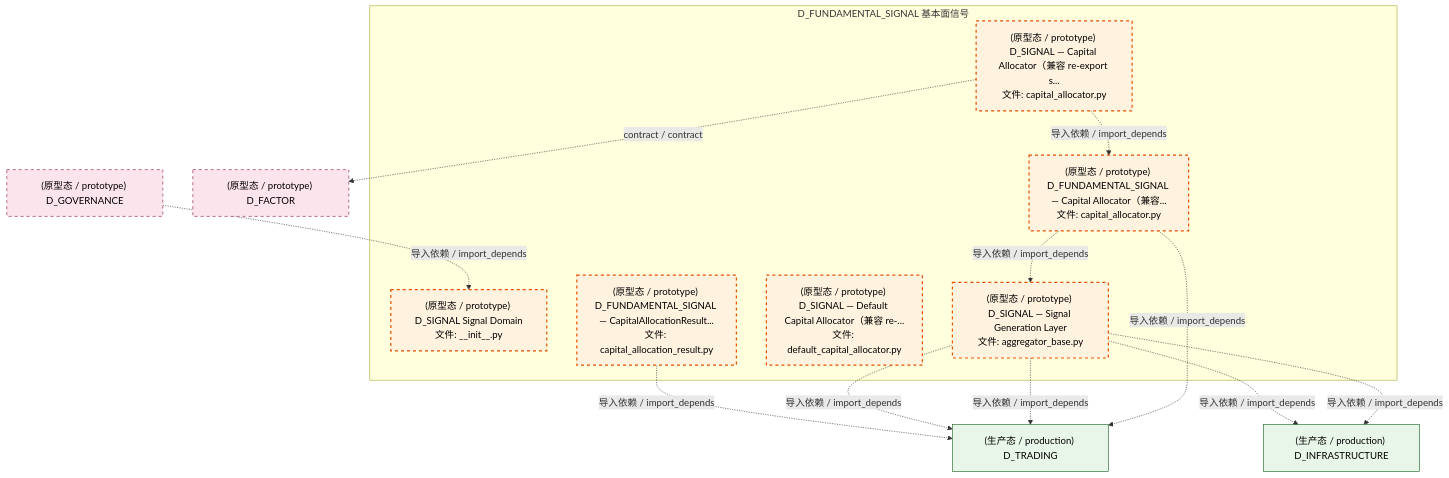
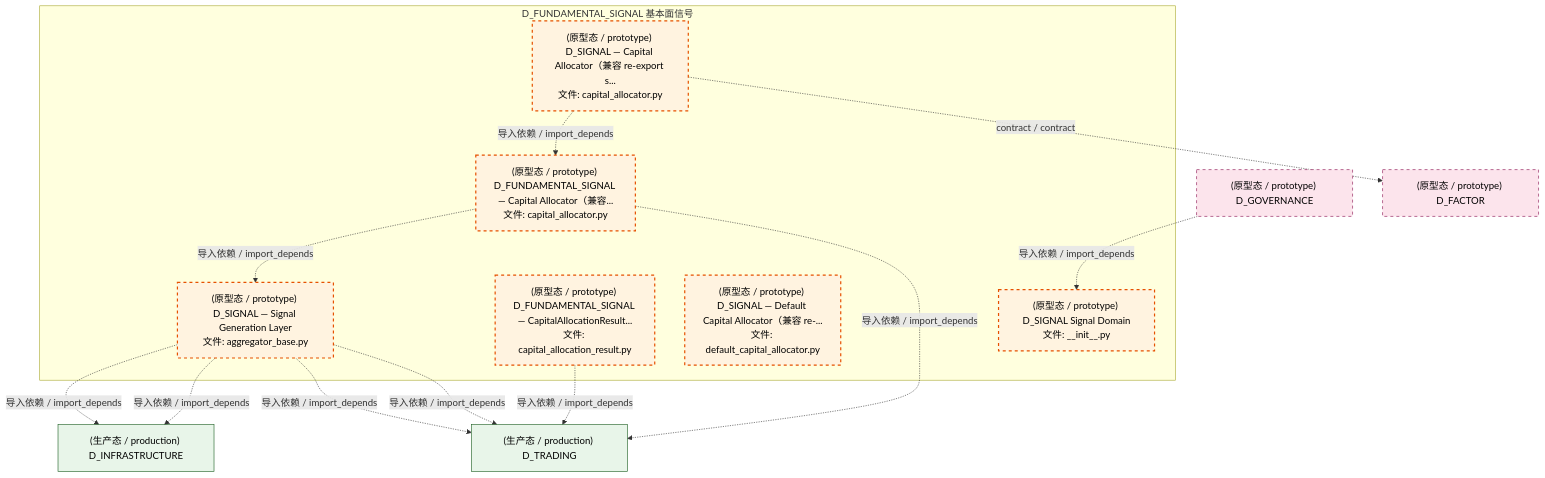
The third of 4 diagrams in docs/02_enterprise_architecture/02_domain_architecture_docs/37_d_fundamental_signal.md (xuanFelixVan/ZephyrAlpha), drawn with Mermaid before and after one commit. The commit also changed other lines of this file and 97 other files, not shown here.

````diff
--- a/docs/02_enterprise_architecture/02_domain_architecture_docs/37_d_fundamental_signal.md
+++ b/docs/02_enterprise_architecture/02_domain_architecture_docs/37_d_fundamental_signal.md
@@ -171,32 +171,32 @@
 ```mermaid
 graph TD
     subgraph D_FUNDAMENTAL_SIGNAL["D_FUNDAMENTAL_SIGNAL 基本面信号"]
         src_zephyr_signal_fundamental_init_py["(原型态 / prototype) D_SIGNAL Signal Domain<br/>文件: __init__.py"]
         src_zephyr_signal_fundamental_capital_capital_allocation_result_py["(原型态 / prototype) D_FUNDAMENTAL_SIGNAL — CapitalAllocationResult...<br/>文件: capital_allocation_result.py"]
         src_zephyr_signal_fundamental_capital_capital_allocator_py["(原型态 / prototype) D_SIGNAL — Capital Allocator（兼容 re-export s...<br/>文件: capital_allocator.py"]
         src_zephyr_signal_fundamental_capital_default_capital_allocator_py["(原型态 / prototype) D_SIGNAL — Default Capital Allocator（兼容 re-...<br/>文件: default_capital_allocator.py"]
         src_zephyr_signal_fundamental_gen_aggregator_base_py["(原型态 / prototype) D_SIGNAL — Signal Generation Layer<br/>文件: aggregator_base.py"]
         src_zephyr_signal_fundamental_strategy_capital_allocator_py["(原型态 / prototype) D_FUNDAMENTAL_SIGNAL — Capital Allocator（兼容...<br/>文件: capital_allocator.py"]
     end
     src_zephyr_signal_fundamental_capital_capital_allocator_py -.->|导入依赖 / import_depends| src_zephyr_signal_fundamental_strategy_capital_allocator_py
     src_zephyr_signal_fundamental_strategy_capital_allocator_py -.->|导入依赖 / import_depends| src_zephyr_signal_fundamental_gen_aggregator_base_py
     D_FACTOR["(原型态 / prototype) D_FACTOR"]
     src_zephyr_signal_fundamental_capital_capital_allocator_py -.->|contract / contract| D_FACTOR
     D_TRADING["(生产态 / production) D_TRADING"]
     src_zephyr_signal_fundamental_capital_capital_allocation_result_py -.->|导入依赖 / import_depends| D_TRADING
-    src_zephyr_signal_fundamental_gen_aggregator_base_py -.->|导入依赖 / import_depends| D_TRADING
-    src_zephyr_signal_fundamental_gen_aggregator_base_py -.->|导入依赖 / import_depends| D_TRADING
     D_INFRASTRUCTURE["(生产态 / production) D_INFRASTRUCTURE"]
     src_zephyr_signal_fundamental_gen_aggregator_base_py -.->|导入依赖 / import_depends| D_INFRASTRUCTURE
     src_zephyr_signal_fundamental_gen_aggregator_base_py -.->|导入依赖 / import_depends| D_INFRASTRUCTURE
+    src_zephyr_signal_fundamental_gen_aggregator_base_py -.->|导入依赖 / import_depends| D_TRADING
+    src_zephyr_signal_fundamental_gen_aggregator_base_py -.->|导入依赖 / import_depends| D_TRADING
     src_zephyr_signal_fundamental_strategy_capital_allocator_py -.->|导入依赖 / import_depends| D_TRADING
     D_GOVERNANCE["(原型态 / prototype) D_GOVERNANCE"]
     D_GOVERNANCE -.->|导入依赖 / import_depends| src_zephyr_signal_fundamental_init_py
     classDef production fill:#e1f5fe,stroke:#01579b,stroke-width:2px,color:#000
     classDef design fill:#fff3e0,stroke:#e65100,stroke-width:2px,color:#000,stroke-dasharray: 5 5
     classDef external_prod fill:#e8f5e9,stroke:#1b5e20,stroke-width:1px,color:#000
     classDef external_design fill:#fce4ec,stroke:#880e4f,stroke-width:1px,color:#000,stroke-dasharray: 5 5
     class src_zephyr_signal_fundamental_init_py,src_zephyr_signal_fundamental_capital_capital_allocation_result_py,src_zephyr_signal_fundamental_capital_capital_allocator_py,src_zephyr_signal_fundamental_capital_default_capital_allocator_py,src_zephyr_signal_fundamental_gen_aggregator_base_py,src_zephyr_signal_fundamental_strategy_capital_allocator_py design
     class D_TRADING,D_INFRASTRUCTURE external_prod
     class D_FACTOR,D_GOVERNANCE external_design
 ```
````
